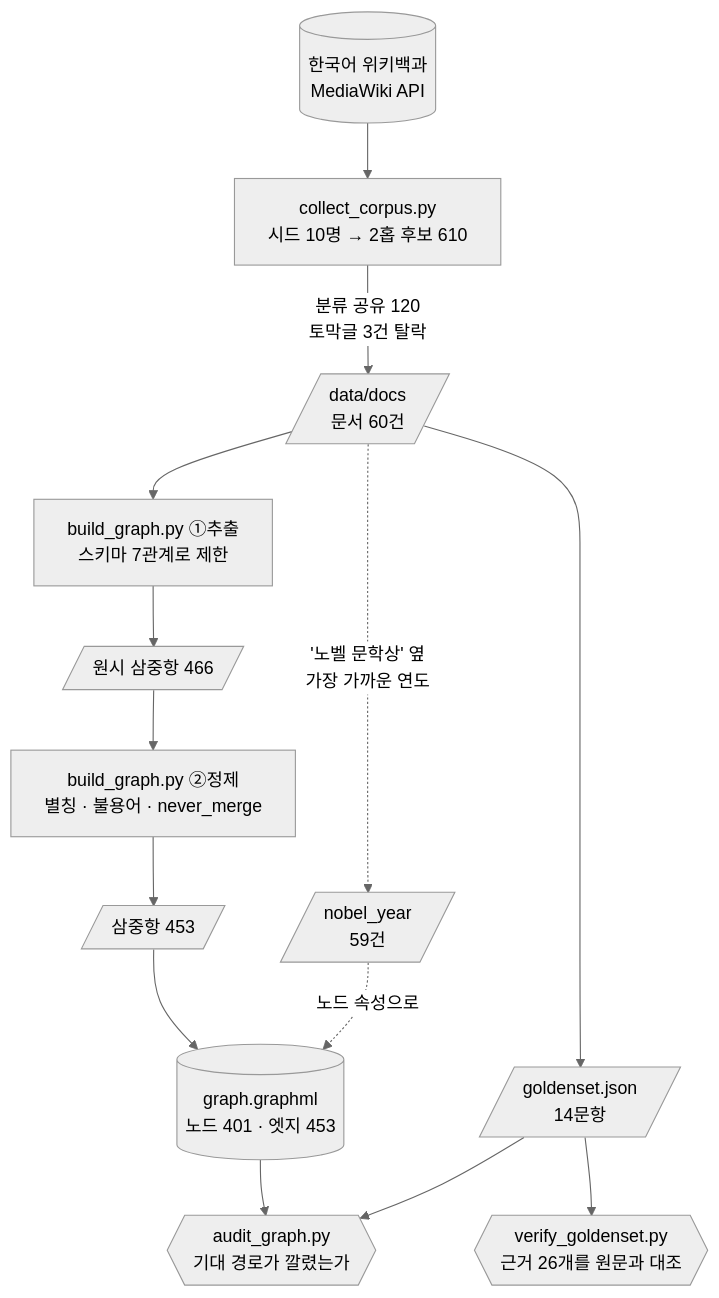
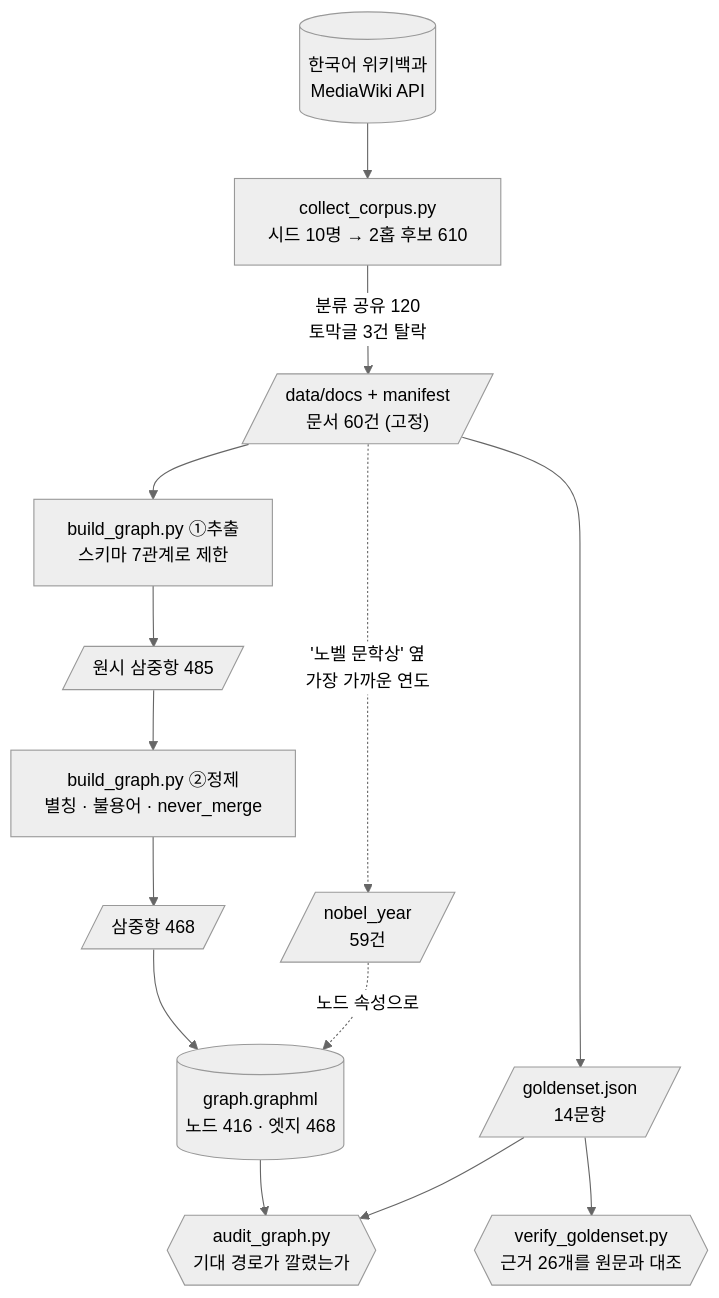
Before and after one commit to hey-byeunya/my-graph-agent: the first of 2 diagrams in REPORT.md, drawn with Mermaid (neutral theme). The commit also changed other lines of this file and 68 other files, not shown here.

````diff
--- a/REPORT.md
+++ b/REPORT.md
@@ -320,19 +339,19 @@
 ```mermaid
 graph TD;
     W[("한국어 위키백과<br/>MediaWiki API")] --> C["collect_corpus.py<br/>시드 10명 → 2홉 후보 610"]
-    C -->|"분류 공유 120<br/>토막글 3건 탈락"| D[/"data/docs<br/>문서 60건"/]
+    C -->|"분류 공유 120<br/>토막글 3건 탈락"| D[/"data/docs + manifest<br/>문서 60건 (고정)"/]
 
     D --> E["build_graph.py ①추출<br/>스키마 7관계로 제한"]
-    E --> R[/"원시 삼중항 466"/]
+    E --> R[/"원시 삼중항 485"/]
     R --> N["build_graph.py ②정제<br/>별칭 · 불용어 · never_merge"]
-    N --> T[/"삼중항 453"/]
+    N --> T[/"삼중항 468"/]
     D -.->|"'노벨 문학상' 옆<br/>가장 가까운 연도"| Y[/"nobel_year<br/>59건"/]
 
-    T --> G[("graph.graphml<br/>노드 401 · 엣지 453")]
+    T --> G[("graph.graphml<br/>노드 416 · 엣지 468")]
     Y -.->|"노드 속성으로"| G
 
     D --> GS[/"goldenset.json<br/>14문항"/]
     GS --> V{{"verify_goldenset.py<br/>근거 26개를 원문과 대조"}}
     G --> A{{"audit_graph.py<br/>기대 경로가 깔렸는가"}}
     GS --> A
 ```
````
